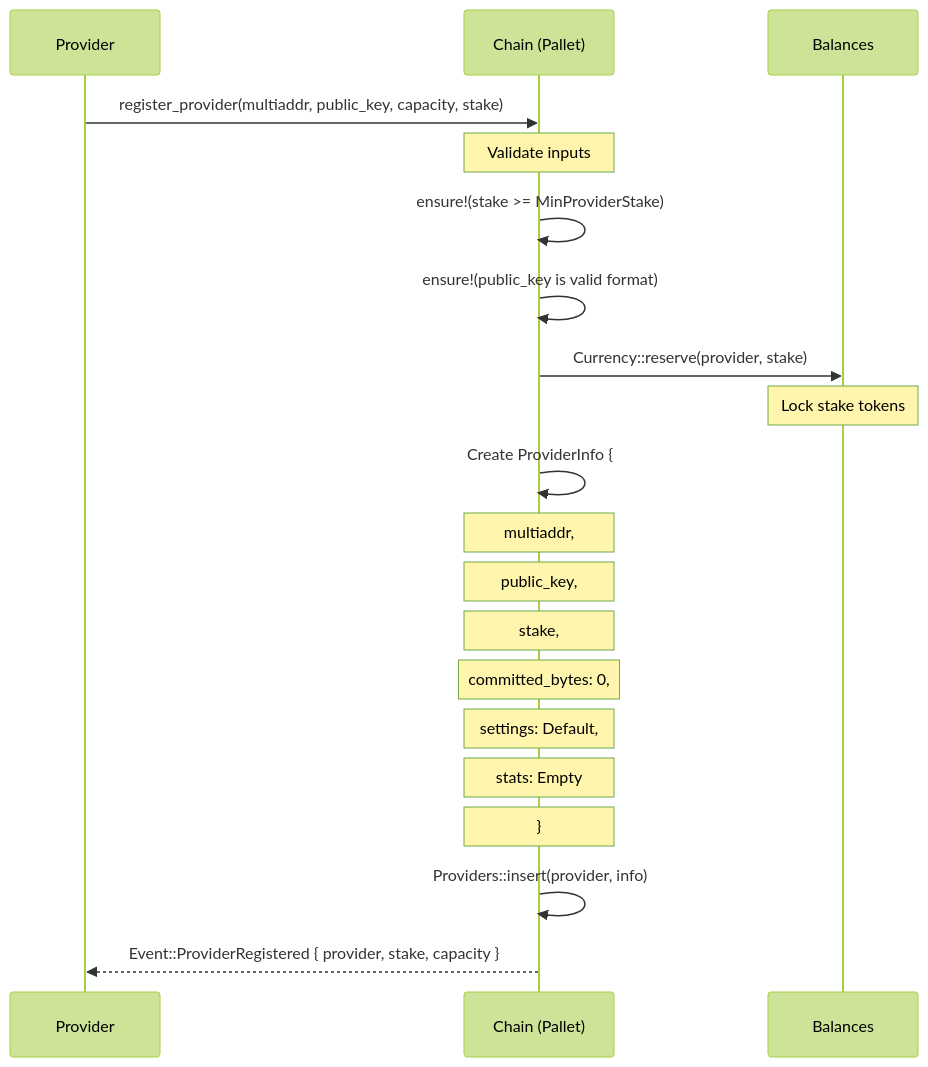
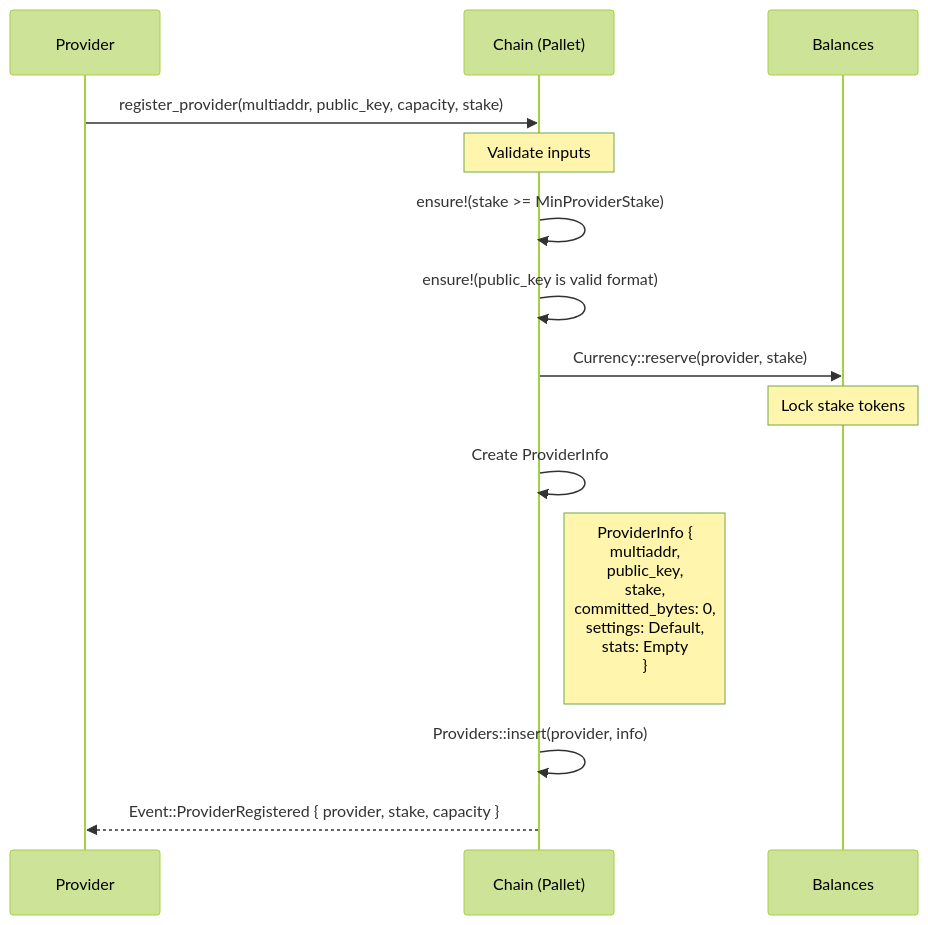
Before and after one commit to paritytech/web3-storage: the first of 13 diagrams in docs/design/EXECUTION_FLOWS.md, drawn with Mermaid (forest theme). The commit also changed other lines of this file, not shown here.

First line of the commit message:
docs(EXECUTION_FLOWS): collapse multi-line sequence-diagram notes

````diff
--- a/docs/design/EXECUTION_FLOWS.md
+++ b/docs/design/EXECUTION_FLOWS.md
@@ -126,28 +129,22 @@
 ```mermaid
 sequenceDiagram
     participant P as Provider
     participant C as Chain (Pallet)
     participant B as Balances
 
     P->>C: register_provider(multiaddr, public_key, capacity, stake)
 
     Note over C: Validate inputs
     C->>C: ensure!(stake >= MinProviderStake)
     C->>C: ensure!(public_key is valid format)
 
     C->>B: Currency::reserve(provider, stake)
     Note over B: Lock stake tokens
 
-    C->>C: Create ProviderInfo {
-    Note over C: multiaddr,
-    Note over C: public_key,
-    Note over C: stake,
-    Note over C: committed_bytes: 0,
-    Note over C: settings: Default,
-    Note over C: stats: Empty
-    Note over C: }
+    C->>C: Create ProviderInfo
+    Note right of C: ProviderInfo {<br/>multiaddr, <br/> public_key,<br/> stake,<br/> committed_bytes: 0, <br/> settings: Default, <br/>stats: Empty <br/>}<br/>
 
     C->>C: Providers::insert(provider, info)
 
     C-->>P: Event::ProviderRegistered { provider, stake, capacity }
 ```
````
